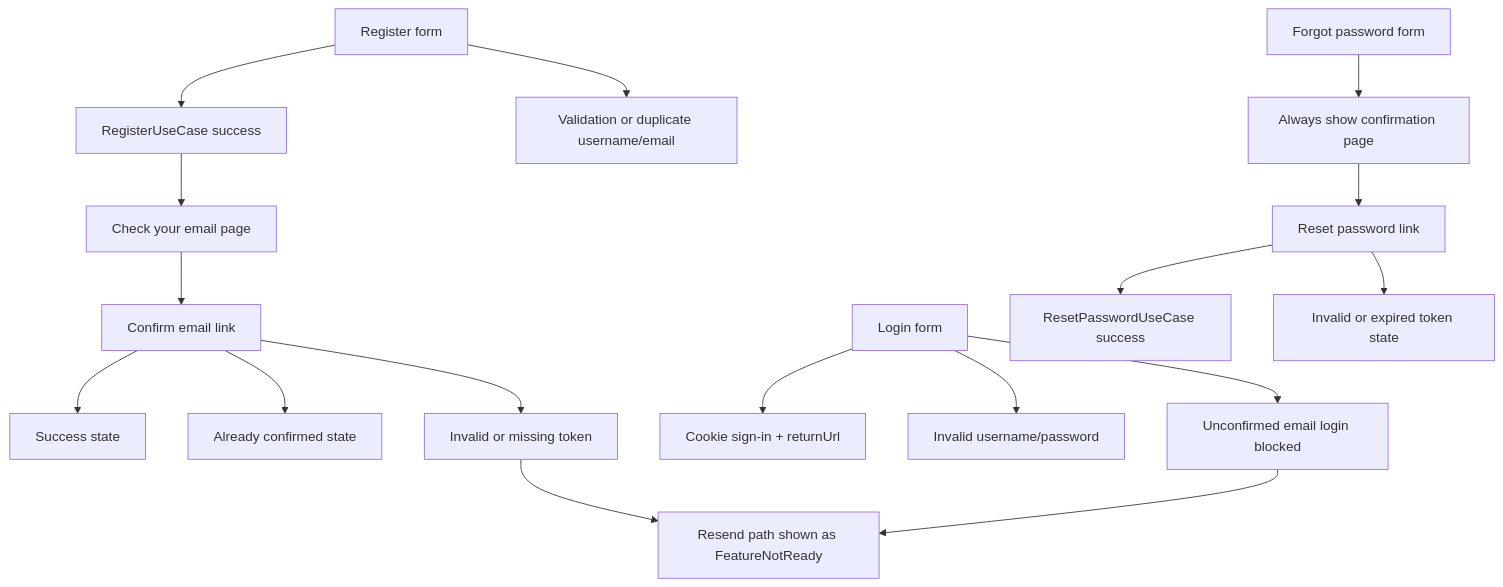
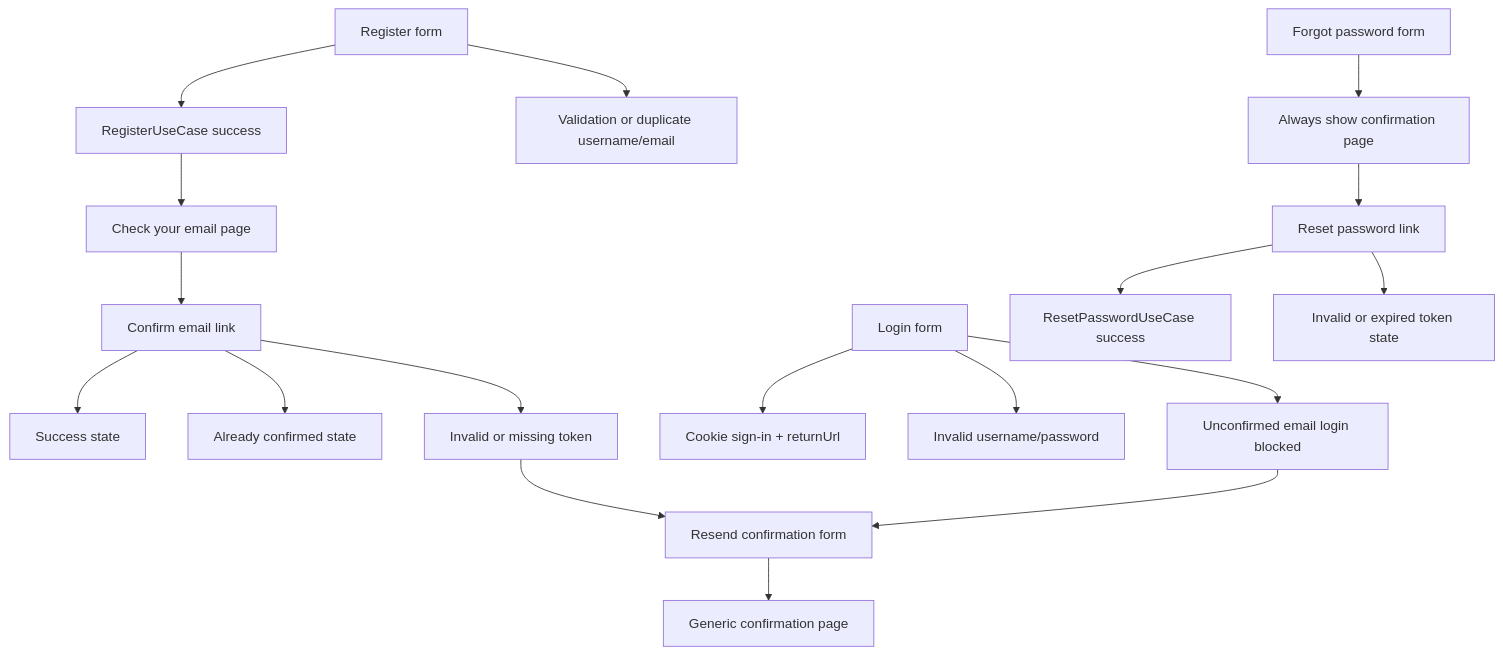
Before and after one commit to CodeWithCharles/42_camagru: the second of 4 diagrams in src/Camagru.Web/README.md, drawn with Mermaid. The commit also changed other lines of this file and 143 other files, not shown here.

````diff
--- a/src/Camagru.Web/README.md
+++ b/src/Camagru.Web/README.md
@@ -72,21 +76,22 @@
 ```mermaid
 flowchart TD
     Register["Register form"] --> RegisterOK["RegisterUseCase success"]
     Register --> RegisterFail["Validation or duplicate username/email"]
     RegisterOK --> CheckMail["Check your email page"]
     CheckMail --> Confirm["Confirm email link"]
     Confirm --> ConfirmOK["Success state"]
     Confirm --> Already["Already confirmed state"]
     Confirm --> ConfirmFail["Invalid or missing token"]
-    ConfirmFail --> ResendFallback["Resend path shown as FeatureNotReady"]
+    ConfirmFail --> Resend["Resend confirmation form"]
+    Resend --> ResendMail["Generic confirmation page"]
 
     Login["Login form"] --> LoginOK["Cookie sign-in + returnUrl"]
     Login --> LoginBad["Invalid username/password"]
     Login --> Unconfirmed["Unconfirmed email login blocked"]
-    Unconfirmed --> ResendFallback
+    Unconfirmed --> Resend
 
     Forgot["Forgot password form"] --> ForgotMail["Always show confirmation page"]
     ForgotMail --> Reset["Reset password link"]
     Reset --> ResetOK["ResetPasswordUseCase success"]
     Reset --> ResetBad["Invalid or expired token state"]
 ```
````
